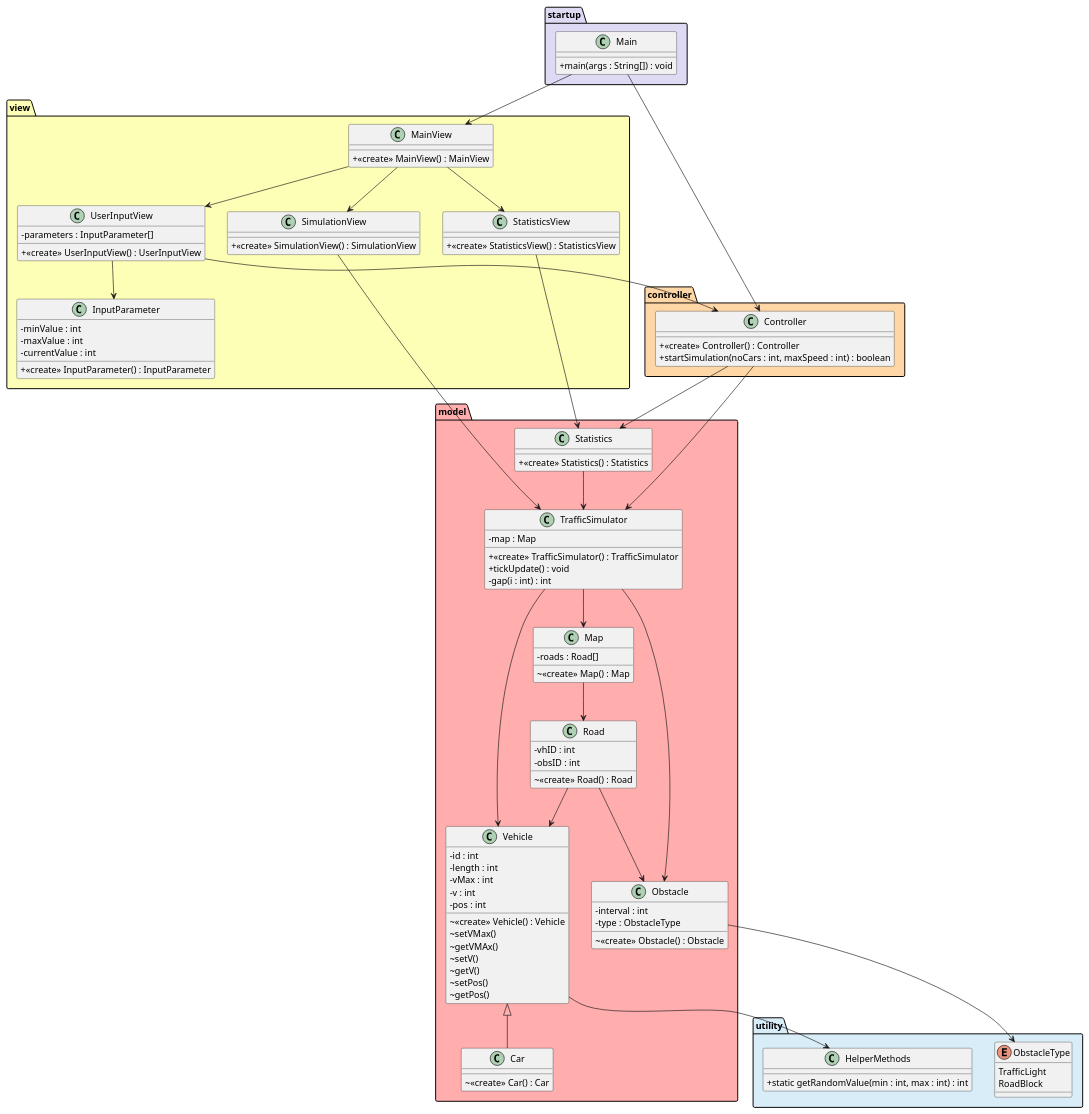
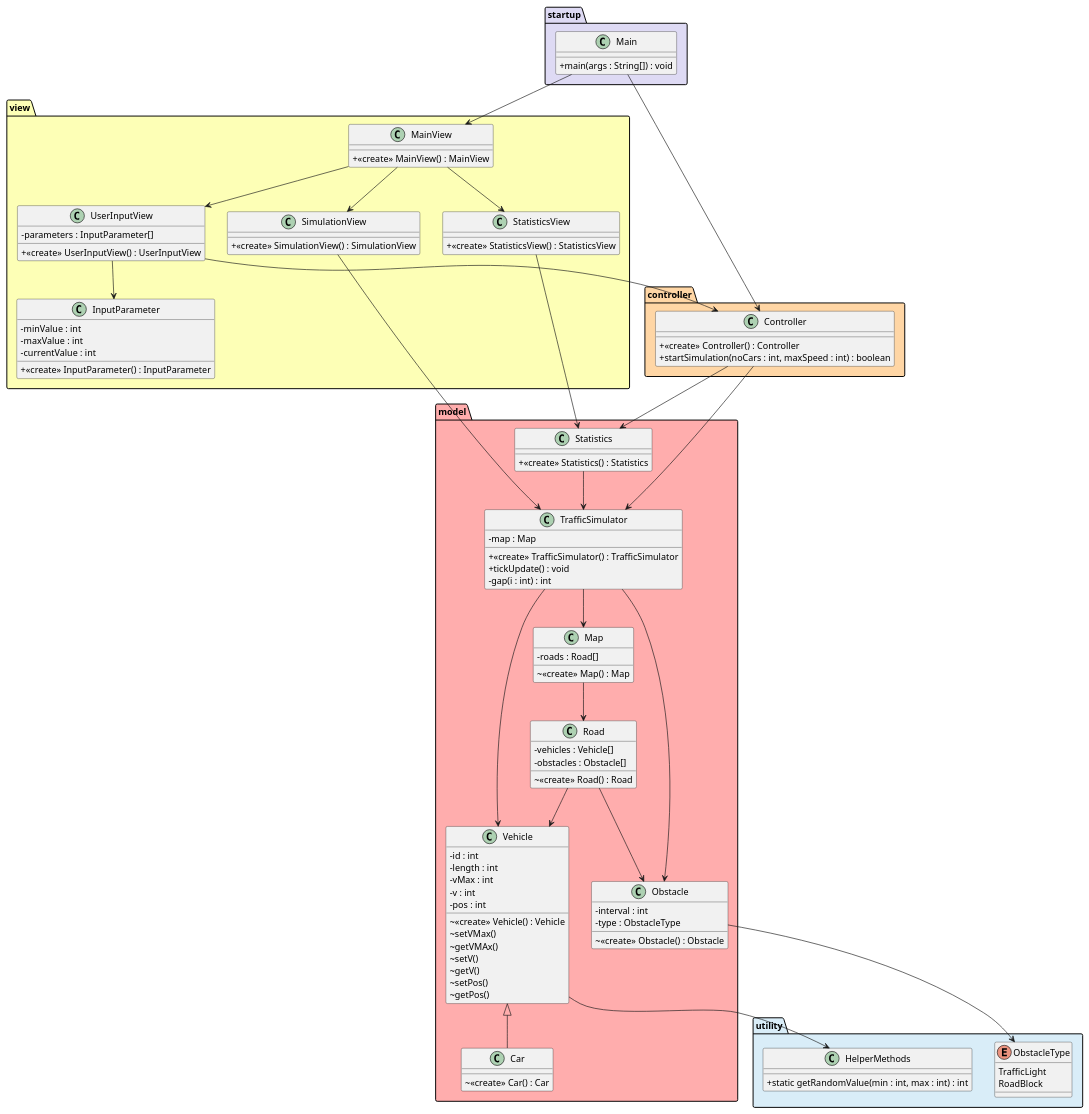
One commit to holmgren23/traffic-simulator changed the diagram in class-diagram.puml. Above: the diagram before and after it, drawn with PlantUML.

Commit message:
Roads now have arrays of vehicles and obstacles

```diff
--- a/class-diagram.puml
+++ b/class-diagram.puml
@@ -1,150 +1,150 @@
 @startuml TrafficSimulator
 skinparam classAttributeIconSize 0
 
 /'colors
 #FFADAD
 #FFD6A5
 #FDFFB6
 #E4F1EE
 #D9EDF8
 #DEDAF4'/
 
 package model #FFADAD {
   class TrafficSimulator {
   - map : Map
   + <<create>> TrafficSimulator() : TrafficSimulator
   + tickUpdate() : void
   - gap(i : int) : int
   }
 
   class Vehicle {
     - id : int
     - length : int
     - vMax : int
     - v : int
     - pos : int
     ~ <<create>> Vehicle() : Vehicle
     ~ setVMax()
     ~ getVMAx()
     ~ setV()
     ~ getV()
     ~ setPos()
     ~ getPos()
 
 
   }
 
   class Car {
     ~ <<create>> Car() : Car
   }
 
   class Map {
     - roads : Road[]
     ~ <<create>> Map() : Map
   }
 
   class Road {
-    - vhID : int
-    - obsID : int
+    - vehicles : Vehicle[]
+    - obstacles : Obstacle[]
     ~ <<create>> Road() : Road
   }
 
   class Obstacle {
     - interval : int
     - type : ObstacleType
     ~ <<create>> Obstacle() : Obstacle
   }
 
   class Statistics {
     + <<create>> Statistics() : Statistics
   }
 
   TrafficSimulator --> Map
   TrafficSimulator --> Vehicle
   TrafficSimulator --> Obstacle
   Map --> Road
   Road --> Obstacle
   Road --> Vehicle
   Vehicle <|-- Car
   Statistics --> TrafficSimulator
 }
 
 package controller #FFD6A5 {
   class Controller {
     + <<create>> Controller() : Controller
     + startSimulation(noCars : int, maxSpeed : int) : boolean
   }
 
   Controller --> Statistics
   Controller --> TrafficSimulator
 }
 
 package view #FDFFB6 {
   class MainView {
     + <<create>> MainView() : MainView
   }
   class UserInputView {
     - parameters : InputParameter[]
     + <<create>> UserInputView() : UserInputView
   }
 
   class InputParameter {
     - minValue : int
     - maxValue : int
     - currentValue : int 
     + <<create>> InputParameter() : InputParameter
   }
 
   class StatisticsView {
     + <<create>> StatisticsView() : StatisticsView
   }
 
   class SimulationView {
     + <<create>> SimulationView() : SimulationView
   }
 
   MainView --> UserInputView
   MainView --> StatisticsView
   MainView --> SimulationView
   UserInputView --> InputParameter
   
   UserInputView --> Controller
   StatisticsView --> Statistics
   SimulationView --> TrafficSimulator
 }
 
 package utility #D9EDF8 {
   enum ObstacleType {
     TrafficLight
     RoadBlock
   }
 
   class HelperMethods {
     + static getRandomValue(min : int, max : int) : int
   }
 
 
   Obstacle --> ObstacleType
   Vehicle --> HelperMethods
 }
 
 package startup #DEDAF4 {
   class Main {
   + main(args : String[]) : void
 }
   Main --> Controller
   Main --> MainView
 }
 
 /'startup'/
 
 
 /'model'/
 
 /'utility'/
 
 
 
 /'view'
 
 @enduml
```
